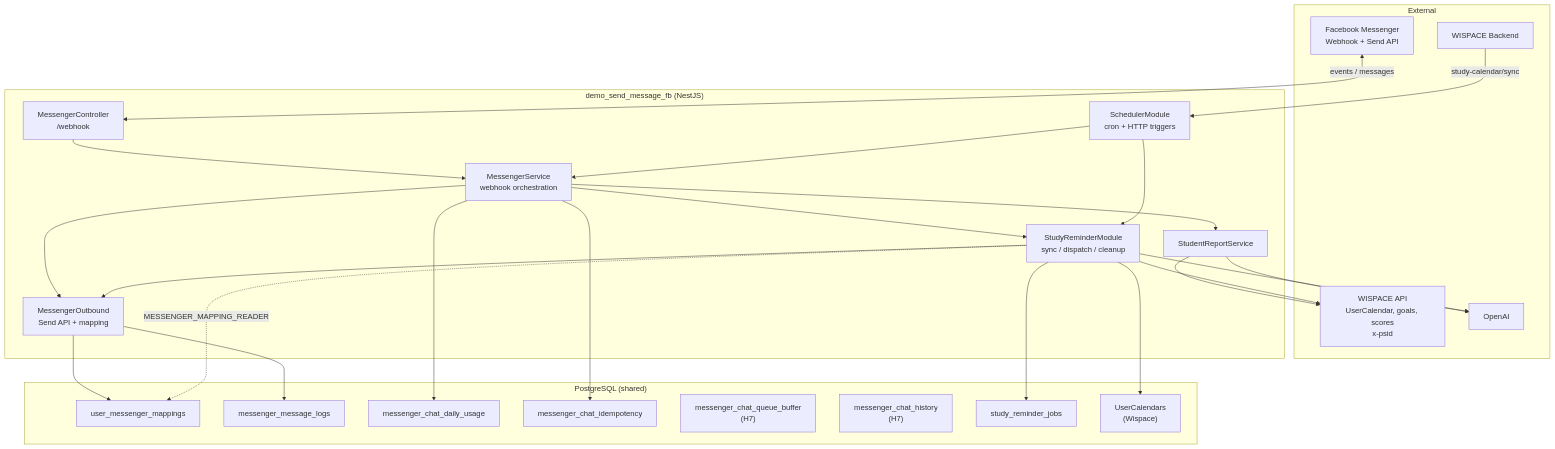
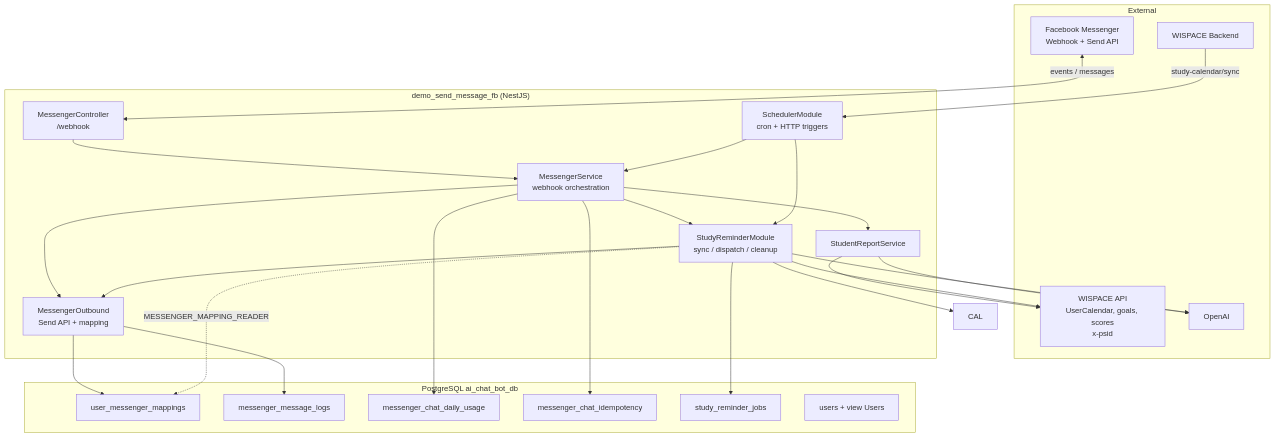
One commit to lengocanh2005it/messenger-ai-for-student changed the diagram in docs/project-overview.md. Above: the diagram before and after it, drawn with Mermaid. The commit also changed other lines of this file and 61 other files, not shown here.

First line of the commit message:
Migrate POC to ai_chat_bot_db with Redis-only chat state and ops cleanup.

````diff
--- a/docs/project-overview.md
+++ b/docs/project-overview.md
@@ -44,50 +44,48 @@
 ```mermaid
 flowchart TB
   subgraph External
     FB["Facebook Messenger\nWebhook + Send API"]
     WISPACE["WISPACE Backend"]
     WAPI["WISPACE API\nUserCalendar, goals, scores\nx-psid"]
     OAI["OpenAI"]
   end
 
   subgraph App["demo_send_message_fb (NestJS)"]
     WH["MessengerController\n/webhook"]
     MS["MessengerService\nwebhook orchestration"]
     OUT["MessengerOutbound\nSend API + mapping"]
     SR["StudentReportService"]
     ST["StudyReminderModule\nsync / dispatch / cleanup"]
     CRON["SchedulerModule\ncron + HTTP triggers"]
   end
 
-  subgraph DB["PostgreSQL (shared)"]
+  subgraph DB["PostgreSQL ai_chat_bot_db"]
     MAP["user_messenger_mappings"]
     LOG["messenger_message_logs"]
     USAGE["messenger_chat_daily_usage"]
     IDEM["messenger_chat_idempotency"]
-    QBUF["messenger_chat_queue_buffer\n(H7)"]
-    HIST["messenger_chat_history\n(H7)"]
     JOBS["study_reminder_jobs"]
-    CAL["UserCalendars\n(Wispace)"]
+    USR["users + view Users"]
   end
 
   FB <-->|events / messages| WH
   WH --> MS
   MS --> SR
   MS --> ST
   MS --> OUT
   ST --> OUT
   CRON --> MS
   CRON --> ST
   SR --> WAPI
   SR --> OAI
   WISPACE -->|study-calendar/sync| CRON
   ST --> WAPI
   ST --> OAI
   ST --> CAL
   OUT --> MAP
   OUT --> LOG
   MS --> USAGE
   MS --> IDEM
   ST --> JOBS
   ST -.->|MESSENGER_MAPPING_READER| MAP
 ```
````
